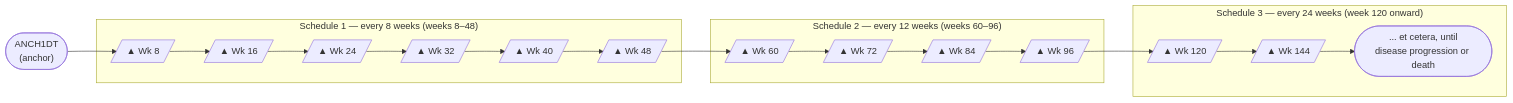
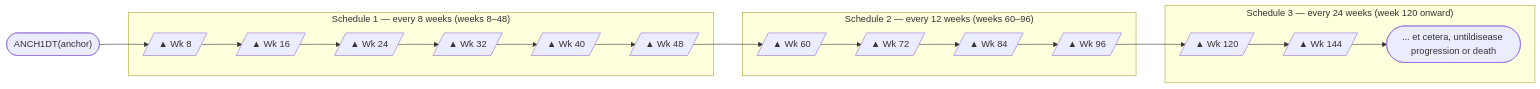
One commit to hakupao/sdtm-pedia changed the first of 3 diagrams in knowledge_base/domains/TD/examples.md. Above: the diagram before and after it, drawn with Mermaid. The commit also changed other lines of this file and 72 other files, not shown here.

````diff
--- a/knowledge_base/domains/TD/examples.md
+++ b/knowledge_base/domains/TD/examples.md
@@ -7,30 +7,30 @@
 ```mermaid
 graph LR
-    ANCH1DT(["ANCH1DT\n(anchor)"])
+    ANCH1DT(["ANCH1DT(anchor)"])
 
     subgraph S1["Schedule 1 — every 8 weeks (weeks 8–48)"]
         W8[/"▲ Wk 8"/]
         W16[/"▲ Wk 16"/]
         W24[/"▲ Wk 24"/]
         W32[/"▲ Wk 32"/]
         W40[/"▲ Wk 40"/]
         W48[/"▲ Wk 48"/]
     end
 
     subgraph S2["Schedule 2 — every 12 weeks (weeks 60–96)"]
         W60[/"▲ Wk 60"/]
         W72[/"▲ Wk 72"/]
         W84[/"▲ Wk 84"/]
         W96[/"▲ Wk 96"/]
     end
 
     subgraph S3["Schedule 3 — every 24 weeks (week 120 onward)"]
         W120[/"▲ Wk 120"/]
         W144[/"▲ Wk 144"/]
-        ETC(["... et cetera, until\ndisease progression or death"])
+        ETC(["... et cetera, untildisease progression or death"])
     end
 
     ANCH1DT --> W8 --> W16 --> W24 --> W32 --> W40 --> W48
     W48 --> W60 --> W72 --> W84 --> W96
     W96 --> W120 --> W144 --> ETC
 ```
````
